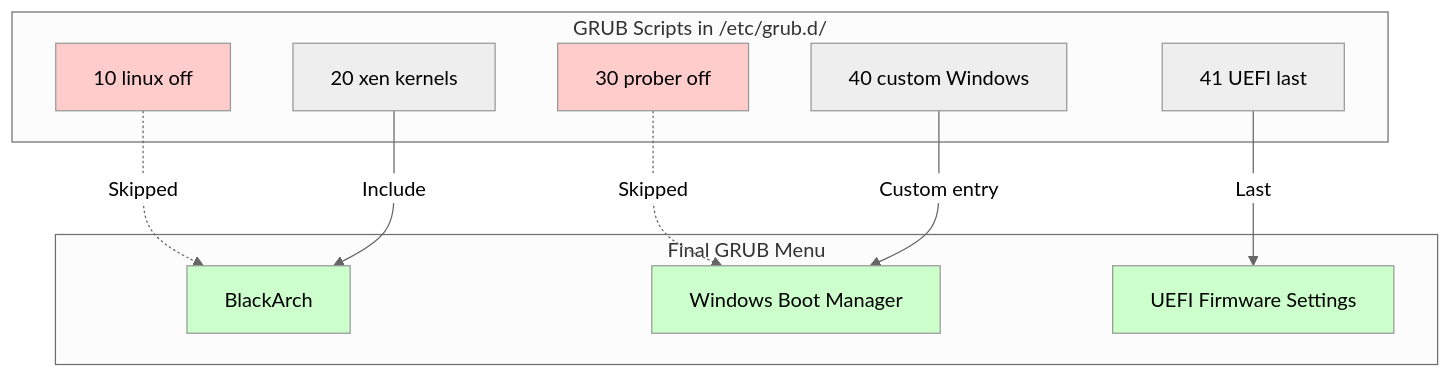
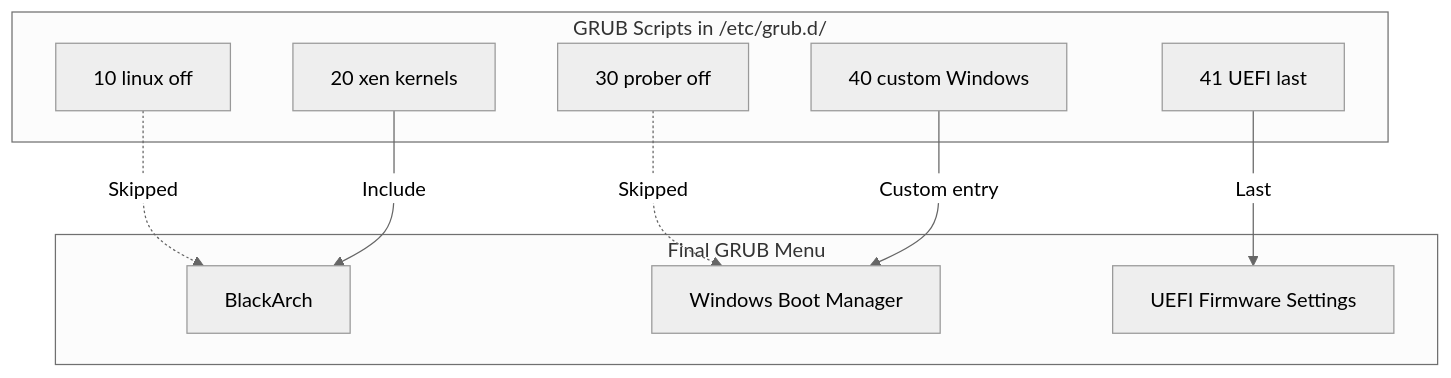
One commit to 444Nazky/My-Vault changed the sixth of 11 diagrams in System/Fixes/Visual-Guides.md. Above: the diagram before and after it, drawn with Mermaid (neutral theme). The commit also changed other lines of this file and 36 other files, not shown here.

````diff
--- a/System/Fixes/Visual-Guides.md
+++ b/System/Fixes/Visual-Guides.md
@@ -147,28 +144,24 @@
 ```mermaid
 graph TD
     subgraph Scripts["GRUB Scripts in /etc/grub.d/"]
         S1["10 linux off"]
         S2["20 xen kernels"]
         S3["30 prober off"]
         S4["40 custom Windows"]
         S5["41 UEFI last"]
     end
 
     subgraph Output["Final GRUB Menu"]
         M1["BlackArch"]
         M2["Windows Boot Manager"]
         M3["UEFI Firmware Settings"]
     end
 
     S1 -.->|Skipped| M1
     S2 -->|Include| M1
     S3 -.->|Skipped| M2
     S4 -->|Custom entry| M2
     S5 -->|Last| M3
 
-    style S1 fill:#ffcccc
-    style S3 fill:#ffcccc
-    style M1 fill:#ccffcc
-    style M2 fill:#ccffcc
-    style M3 fill:#ccffcc
+
 ```
````
